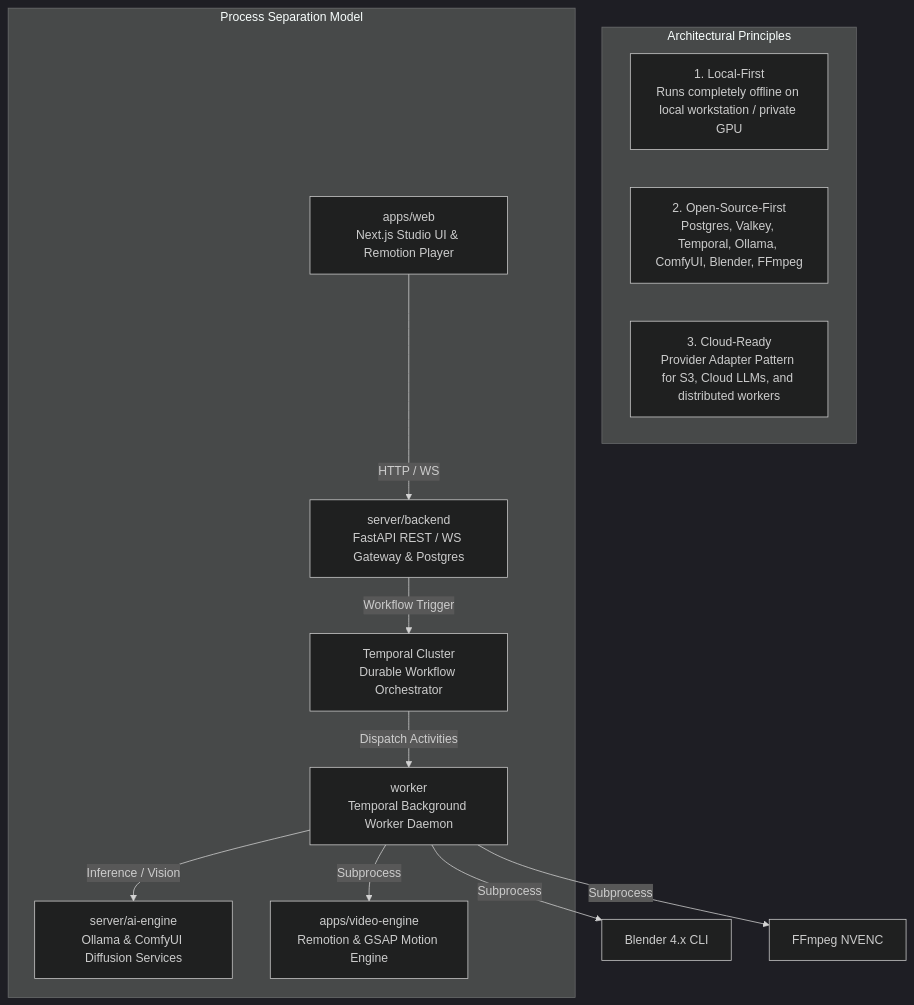
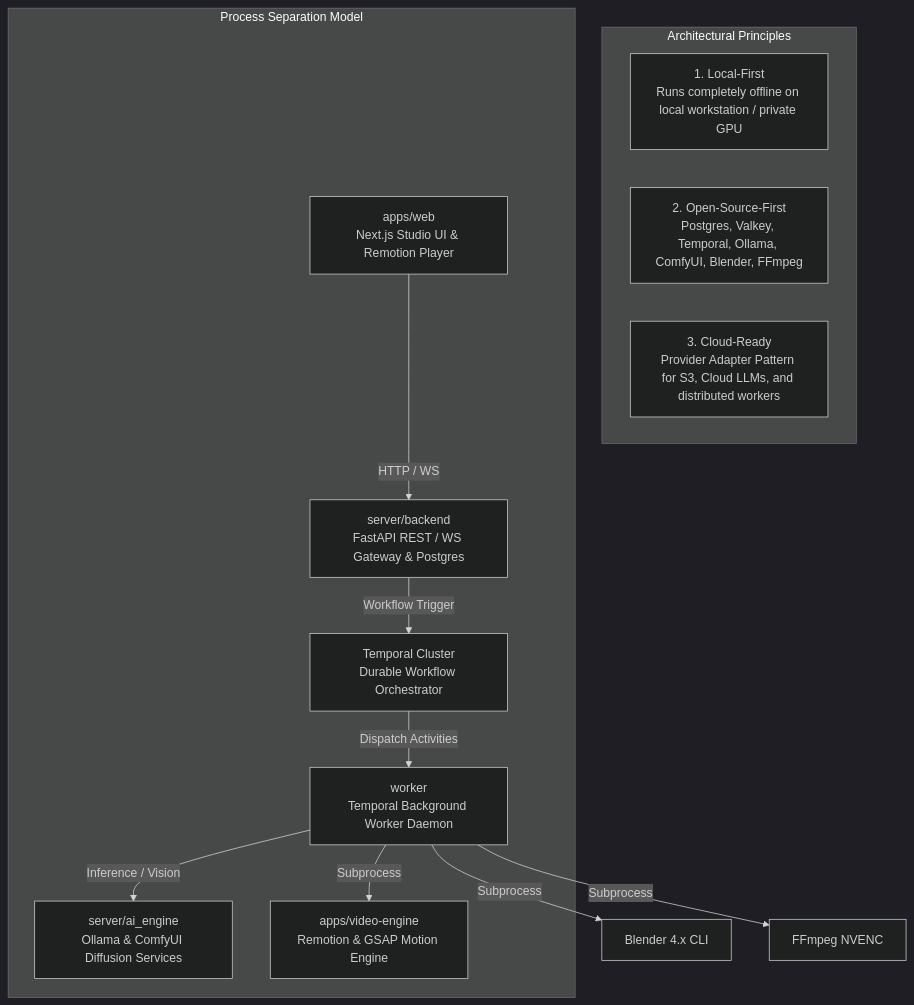
The diagram in README.md (hoanglong2206/Video-Tool), drawn with Mermaid (dark theme) before and after one commit. The commit also changed other lines of this file and 8 other files, not shown here.

First line of the commit message:
docs(server/ai_engine): replace ai-engine references with ai_engine across documentation

````diff
--- a/README.md
+++ b/README.md
@@ -29,25 +29,25 @@
 ```mermaid
 graph TD
     subgraph Principles ["Architectural Principles"]
         LF["1. Local-First<br>Runs completely offline on local workstation / private GPU"]
         OS["2. Open-Source-First<br>Postgres, Valkey, Temporal, Ollama, ComfyUI, Blender, FFmpeg"]
         CR["3. Cloud-Ready<br>Provider Adapter Pattern for S3, Cloud LLMs, and distributed workers"]
     end
 
     subgraph ProcessSeparation ["Process Separation Model"]
         Web["apps/web<br>Next.js Studio UI & Remotion Player"]
         API["server/backend<br>FastAPI REST / WS Gateway & Postgres"]
-        AIEngine["server/ai-engine<br>Ollama & ComfyUI Diffusion Services"]
+        AIEngine["server/ai_engine<br>Ollama & ComfyUI Diffusion Services"]
         Orch["Temporal Cluster<br>Durable Workflow Orchestrator"]
         Worker["worker<br>Temporal Background Worker Daemon"]
         Engine["apps/video-engine<br>Remotion & GSAP Motion Engine"]
     end
 
     Web -->|HTTP / WS| API
     API -->|Workflow Trigger| Orch
     Orch -->|Dispatch Activities| Worker
     Worker -->|Inference / Vision| AIEngine
     Worker -->|Subprocess| Engine
     Worker -->|Subprocess| Blender["Blender 4.x CLI"]
     Worker -->|Subprocess| FFmpeg["FFmpeg NVENC"]
 ```
````
